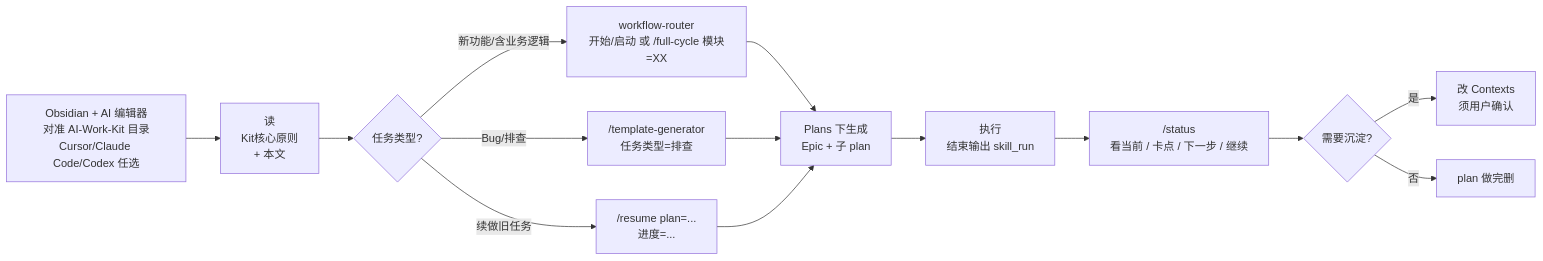
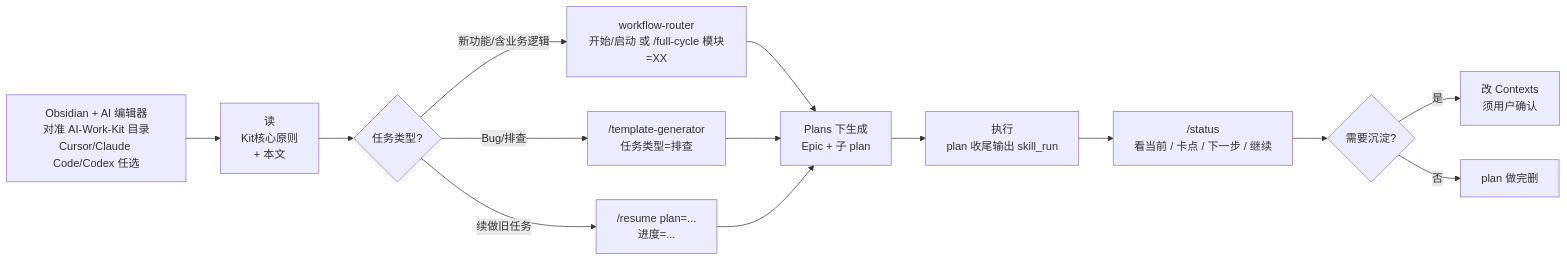
Before and after one commit to Wlx682/AI-Work-Kit: the first of 6 diagrams in Contexts/决策/新手引导与最佳实践.md, drawn with Mermaid. The commit also changed other lines of this file and 41 other files, not shown here.

````diff
--- a/Contexts/决策/新手引导与最佳实践.md
+++ b/Contexts/决策/新手引导与最佳实践.md
@@ -86,16 +86,16 @@
 ```mermaid
 flowchart LR
     A[Obsidian + AI 编辑器<br/>对准 AI-Work-Kit 目录<br/>Cursor/Claude Code/Codex 任选] --> B[读<br/>Kit核心原则<br/>+ 本文]
     B --> C{任务类型?}
     C -->|新功能/含业务逻辑| D["workflow-router<br/>开始/启动 或 /full-cycle 模块=XX"]
     C -->|Bug/排查| E["/template-generator<br/>任务类型=排查"]
     C -->|续做旧任务| F["/resume plan=...<br/>进度=..."]
     D --> G[Plans 下生成<br/>Epic + 子 plan]
     E --> G
     F --> G
-    G --> H[执行<br/>结束输出 skill_run]
+    G --> H[执行<br/>plan 收尾输出 skill_run]
     H --> S["/status<br/>看当前 / 卡点 / 下一步 / 继续"]
     S --> I{需要沉淀?}
     I -->|是| J[改 Contexts<br/>须用户确认]
     I -->|否| K[plan 做完删]
 ```
````
